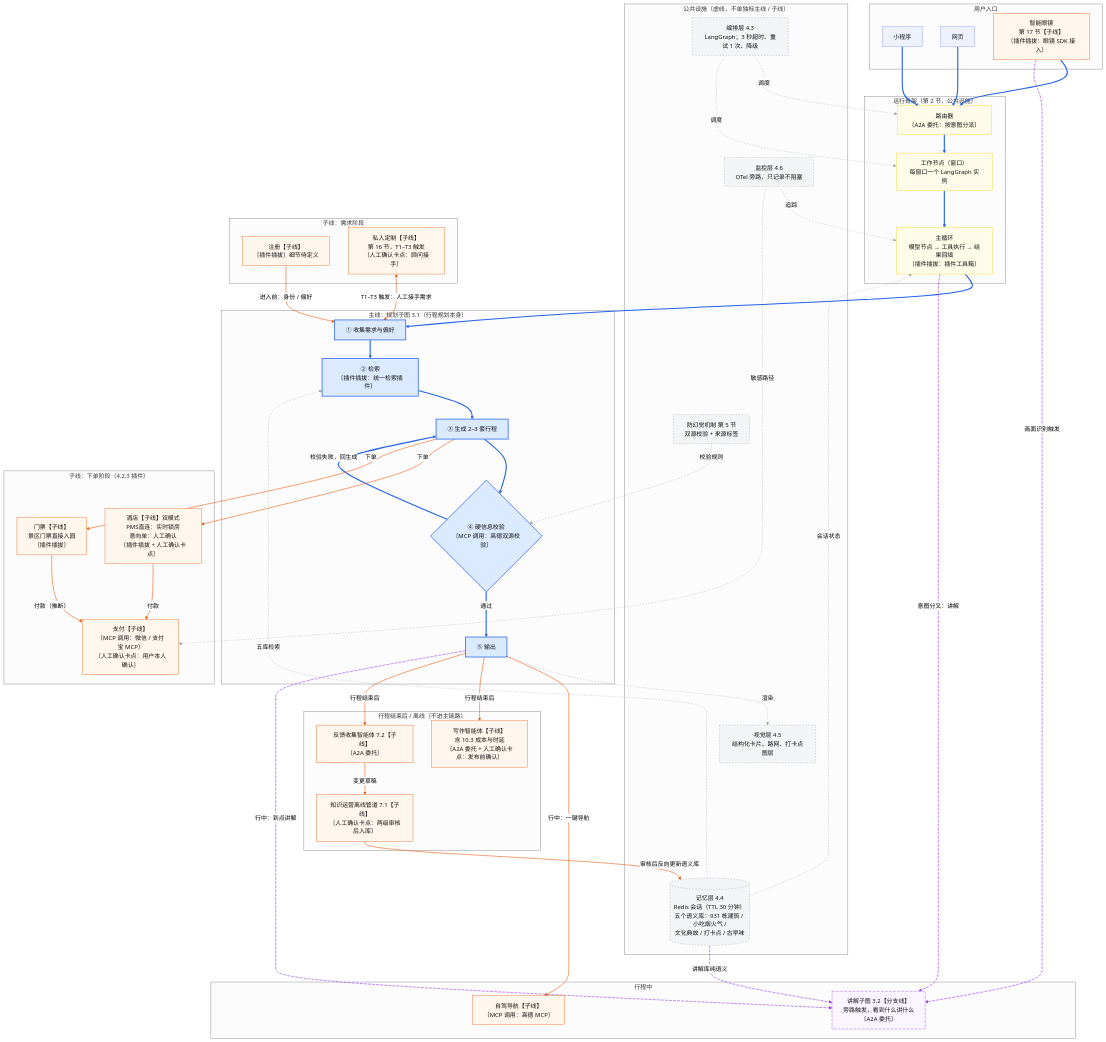
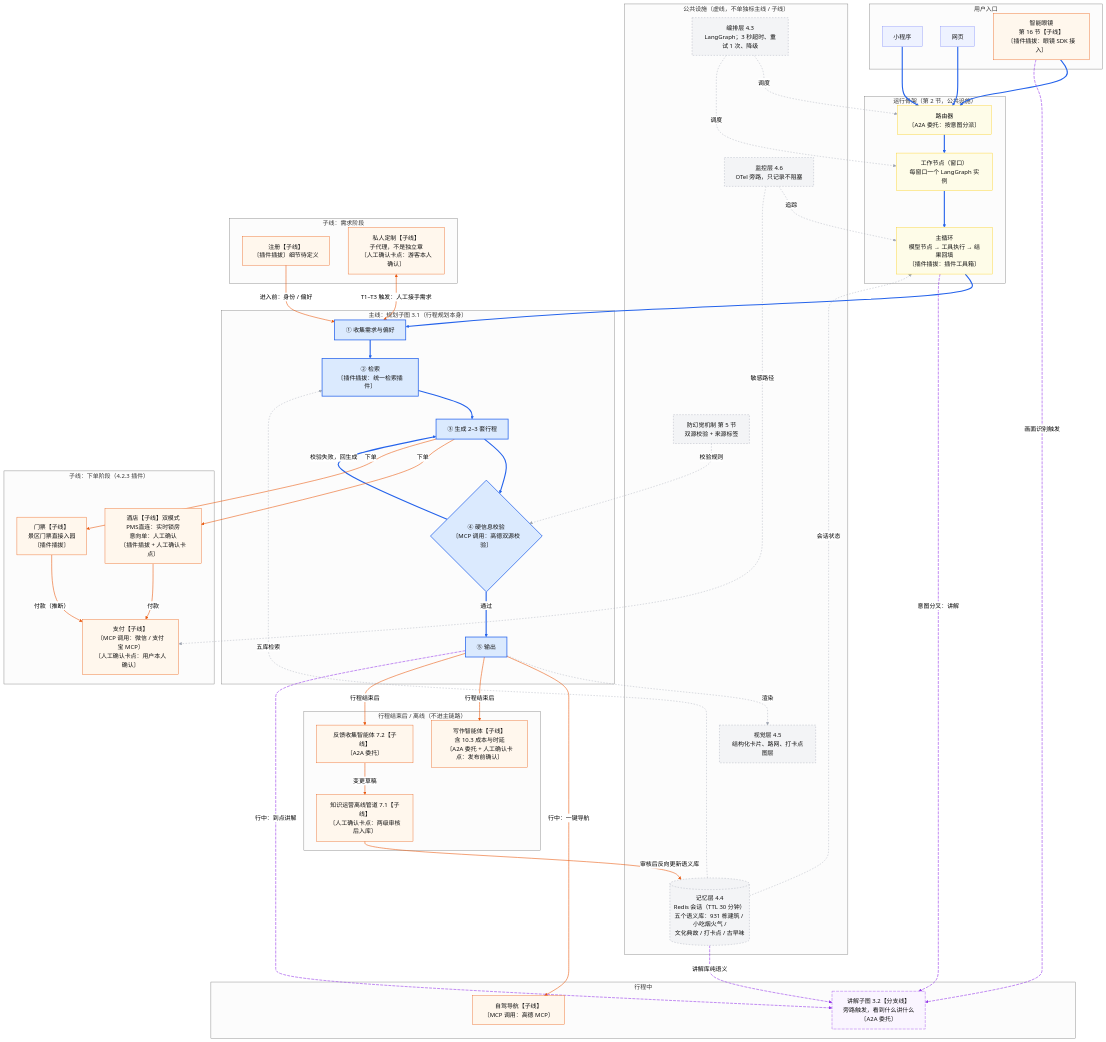
One commit to montesar15881370-sketch/xiamen-odessia-spec changed the eighth of 8 diagrams in v3-revision-todo.md. Above: the diagram before and after it, drawn with Mermaid (neutral theme). The commit also changed other lines of this file and 4 other files, not shown here.

```diff
--- a/v3-revision-todo.md
+++ b/v3-revision-todo.md
@@ -552,7 +552,7 @@
     subgraph Entry["用户入口"]
         MP["小程序"]
         WEB["网页"]
-        GL["智能眼镜<br/>第 17 节【子线】<br/>〔插件插拔：眼镜 SDK 接入〕"]
+        GL["智能眼镜<br/>第 16 节【子线】<br/>〔插件插拔：眼镜 SDK 接入〕"]
     end
 
     %% ------- 主线运行骨架（公共设施） -------
@@ -583,7 +583,7 @@
     %% ------- 子线：行前 -------
     subgraph PreSub["子线：需求阶段"]
         REG["注册【子线】<br/>〔插件插拔〕细节待定义"]
-        PC["私人定制【子线】<br/>第 16 节，T1–T3 触发<br/>〔人工确认卡点：顾问接手〕"]
+        PC["私人定制【子线】<br/>子代理，不是独立章<br/>〔人工确认卡点：游客本人确认〕"]
     end
 
     %% ------- 子线：下单 -------
```
